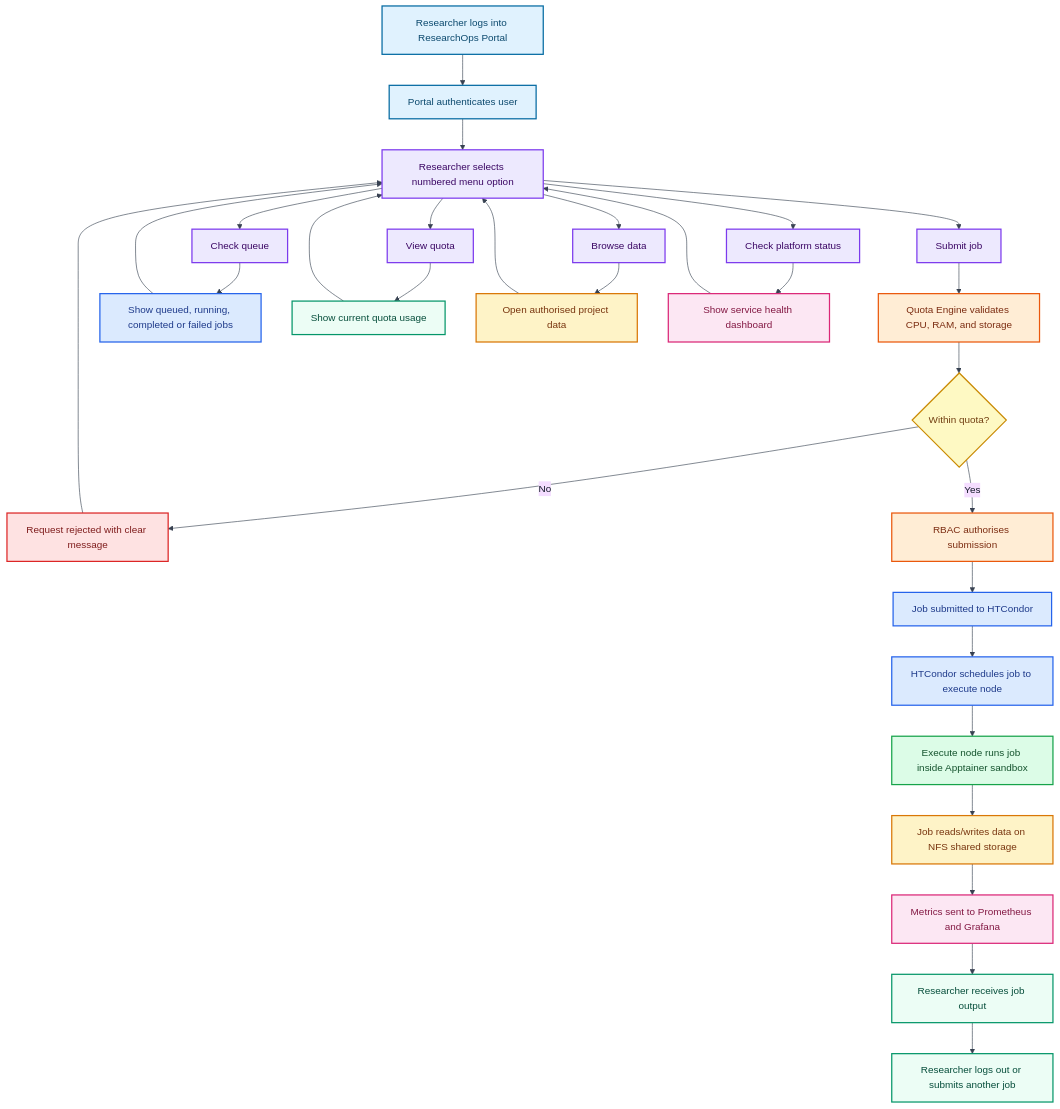
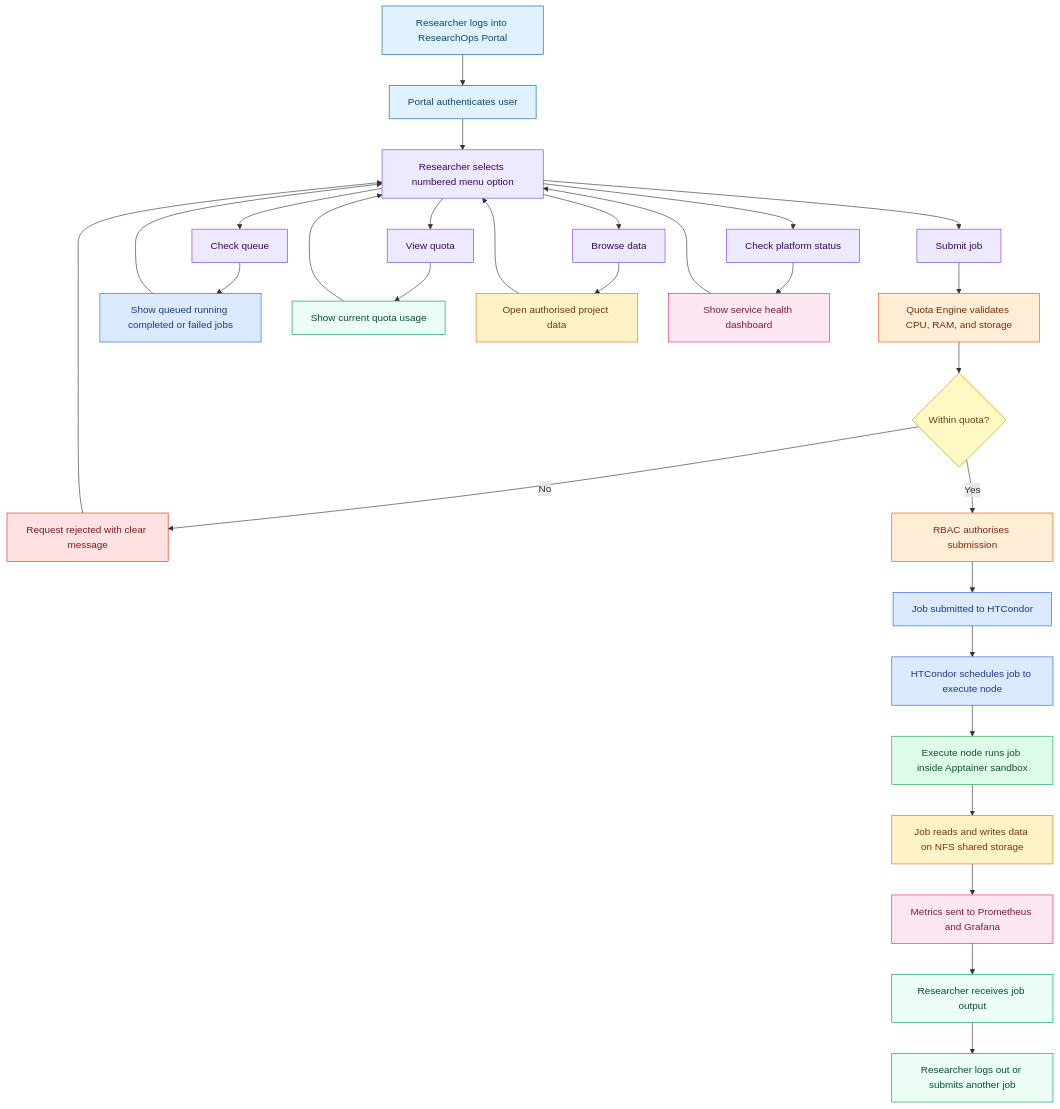
Before and after one commit to adeolu-rabiu/ResearchOps: the diagram in README.md, drawn with Mermaid. The commit also changed other lines of this file, not shown here.

Commit message:
docs: fix Researcher Journey Mermaid diagram rendering

````diff
--- a/README.md
+++ b/README.md
@@ -80,61 +228,50 @@
 ```mermaid
-%%{init: {
-  "theme": "base",
-  "themeVariables": {
-    "background": "#ffffff",
-    "mainBkg": "#ffffff",
-    "fontFamily": "Arial",
-    "fontSize": "16px",
-    "primaryTextColor": "#111827",
-    "lineColor": "#374151"
-  }
-}}%%
 flowchart TD
     A["Researcher logs into ResearchOps Portal"] --> B["Portal authenticates user"]
     B --> C["Researcher selects numbered menu option"]
     C --> D["Submit job"]
     C --> E["Check queue"]
     C --> F["View quota"]
     C --> G["Browse data"]
     C --> H["Check platform status"]
     D --> I["Quota Engine validates CPU, RAM, and storage"]
     I --> J{"Within quota?"}
     J -- "No" --> K["Request rejected with clear message"]
     K --> C
     J -- "Yes" --> L["RBAC authorises submission"]
     L --> M["Job submitted to HTCondor"]
     M --> N["HTCondor schedules job to execute node"]
     N --> O["Execute node runs job inside Apptainer sandbox"]
-    O --> P["Job reads/writes data on NFS shared storage"]
+    O --> P["Job reads and writes data on NFS shared storage"]
     P --> Q["Metrics sent to Prometheus and Grafana"]
     Q --> R["Researcher receives job output"]
-    E --> S["Show queued, running, completed or failed jobs"]
+    E --> S["Show queued running completed or failed jobs"]
     F --> T["Show current quota usage"]
     G --> U["Open authorised project data"]
     H --> V["Show service health dashboard"]
     S --> C
     T --> C
     U --> C
     V --> C
     R --> W["Researcher logs out or submits another job"]
-    classDef portal fill:#E0F2FE,stroke:#0369A1,stroke-width:2px,color:#0C4A6E
-    classDef menu fill:#EDE9FE,stroke:#7C3AED,stroke-width:2px,color:#3B0764
-    classDef service fill:#FFEDD5,stroke:#EA580C,stroke-width:2px,color:#7C2D12
-    classDef decision fill:#FEF9C3,stroke:#CA8A04,stroke-width:2px,color:#713F12
-    classDef error fill:#FEE2E2,stroke:#DC2626,stroke-width:2px,color:#7F1D1D
-    classDef condor fill:#DBEAFE,stroke:#2563EB,stroke-width:2px,color:#1E3A8A
-    classDef container fill:#DCFCE7,stroke:#16A34A,stroke-width:2px,color:#14532D
-    classDef storage fill:#FEF3C7,stroke:#D97706,stroke-width:2px,color:#78350F
-    classDef observability fill:#FCE7F3,stroke:#DB2777,stroke-width:2px,color:#831843
-    classDef success fill:#ECFDF5,stroke:#059669,stroke-width:2px,color:#064E3B
+    classDef portal fill:#E0F2FE,stroke:#0369A1,color:#0C4A6E
+    classDef menu fill:#EDE9FE,stroke:#7C3AED,color:#3B0764
+    classDef service fill:#FFEDD5,stroke:#EA580C,color:#7C2D12
+    classDef decision fill:#FEF9C3,stroke:#CA8A04,color:#713F12
+    classDef error fill:#FEE2E2,stroke:#DC2626,color:#7F1D1D
+    classDef condor fill:#DBEAFE,stroke:#2563EB,color:#1E3A8A
+    classDef container fill:#DCFCE7,stroke:#16A34A,color:#14532D
+    classDef storage fill:#FEF3C7,stroke:#D97706,color:#78350F
+    classDef observability fill:#FCE7F3,stroke:#DB2777,color:#831843
+    classDef success fill:#ECFDF5,stroke:#059669,color:#064E3B
     class A,B portal
     class C,D,E,F,G,H menu
     class I,L service
     class J decision
     class K error
     class M,N,S condor
     class O container
     class P,U storage
     class Q,V observability
     class R,T,W success
 ```
````
